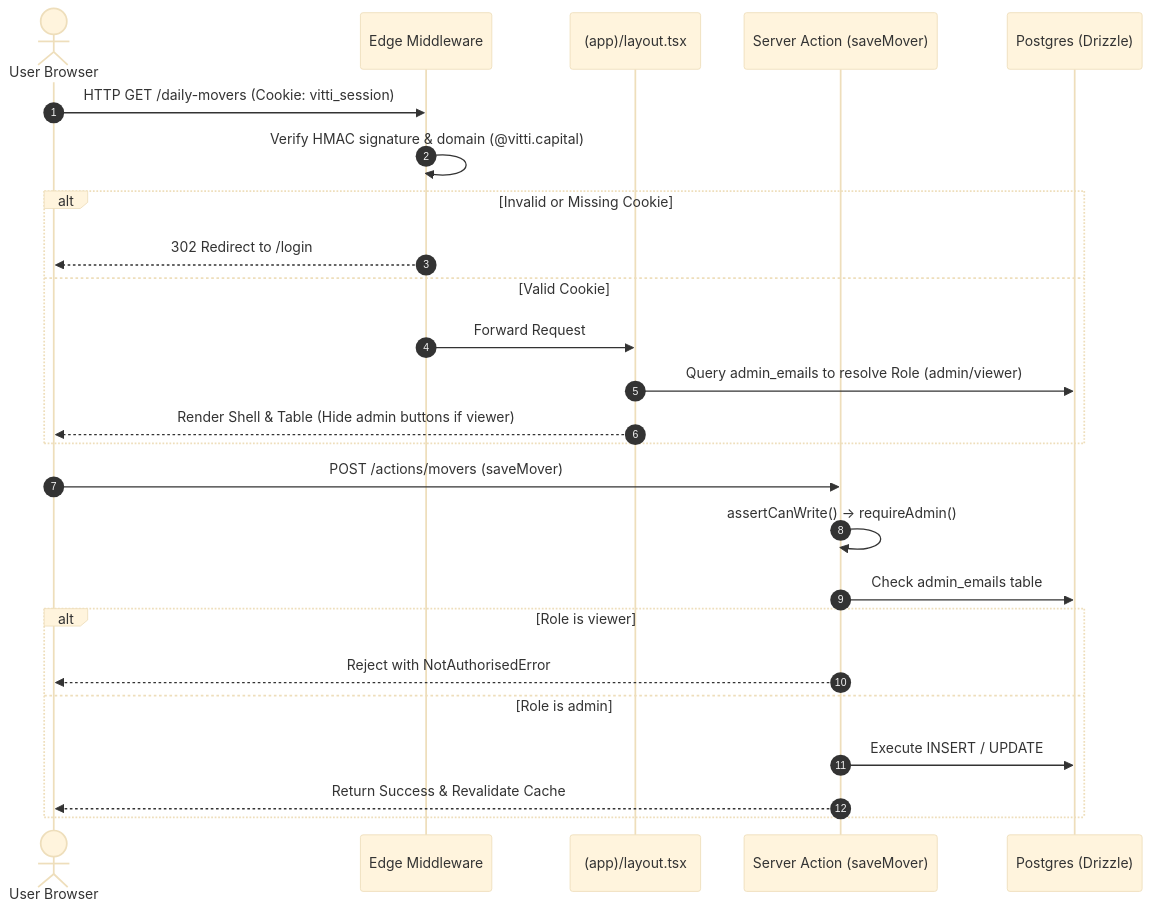
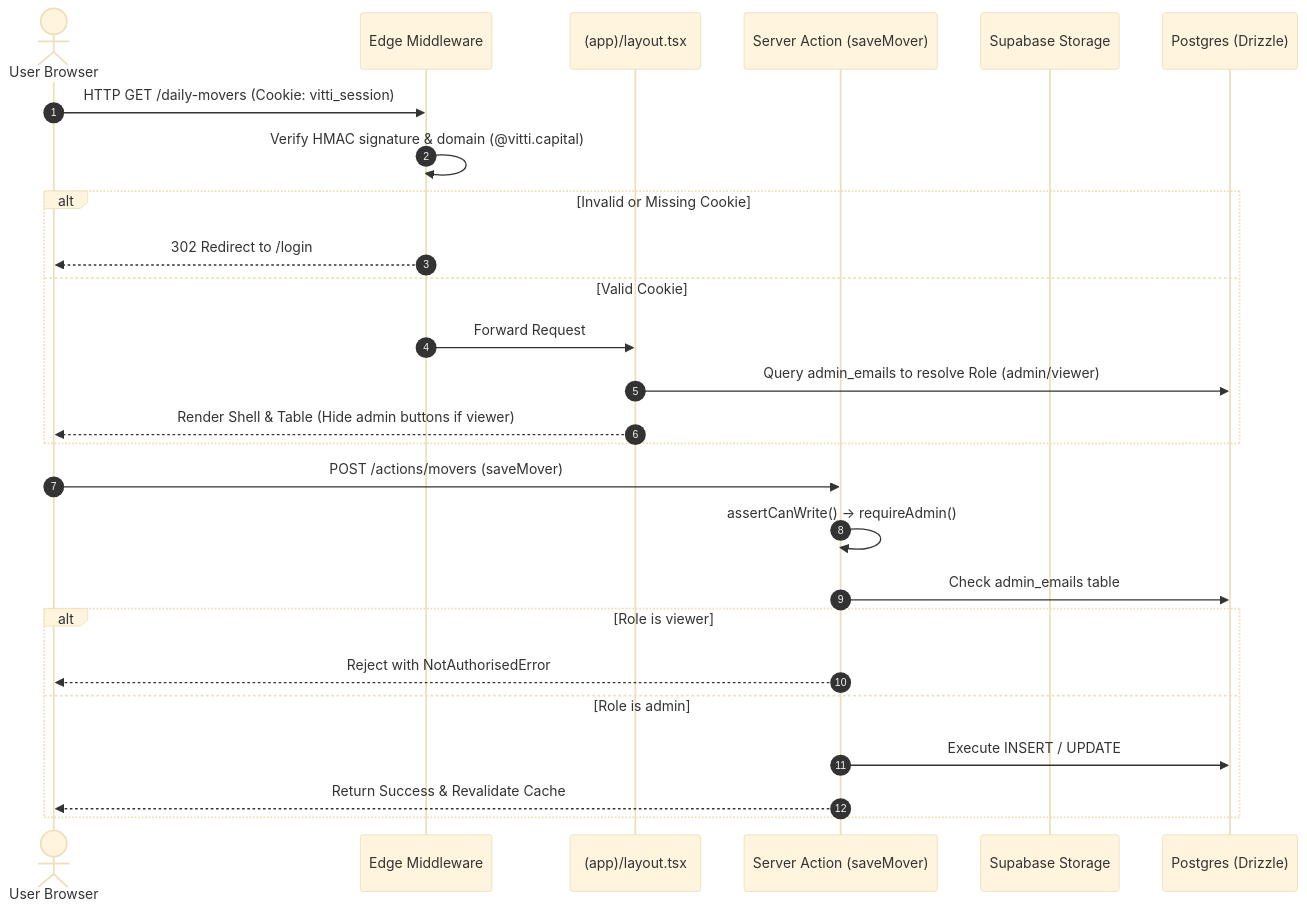
One commit to Vitti-Capital-Tech/daily-movers-dashboard changed the second of 3 diagrams in docs/HLD.md. Above: the diagram before and after it, drawn with Mermaid (base theme). The commit also changed other lines of this file and 2 other files, not shown here.

````diff
--- a/docs/HLD.md
+++ b/docs/HLD.md
@@ -119,29 +140,30 @@
 ```mermaid
 sequenceDiagram
     autonumber
     actor User as User Browser
     participant MW as Edge Middleware
     participant Layout as (app)/layout.tsx
     participant Action as Server Action (saveMover)
+    participant Storage as Supabase Storage
     participant DB as Postgres (Drizzle)
 
     User->>MW: HTTP GET /daily-movers (Cookie: vitti_session)
     MW->>MW: Verify HMAC signature & domain (@vitti.capital)
     alt Invalid or Missing Cookie
         MW-->>User: 302 Redirect to /login
     else Valid Cookie
         MW->>Layout: Forward Request
         Layout->>DB: Query admin_emails to resolve Role (admin/viewer)
         Layout-->>User: Render Shell & Table (Hide admin buttons if viewer)
     end
 
     User->>Action: POST /actions/movers (saveMover)
     Action->>Action: assertCanWrite() -> requireAdmin()
     Action->>DB: Check admin_emails table
     alt Role is viewer
         Action-->>User: Reject with NotAuthorisedError
     else Role is admin
         Action->>DB: Execute INSERT / UPDATE
         Action-->>User: Return Success & Revalidate Cache
     end
 ```
````
